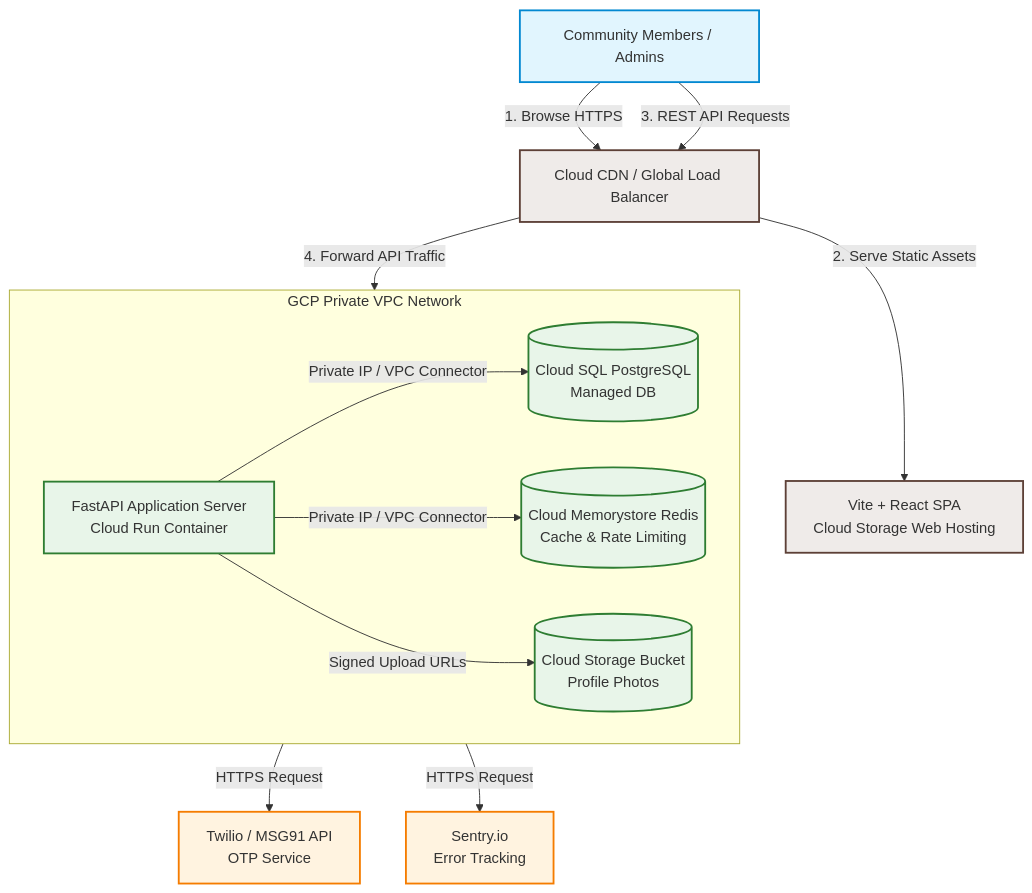
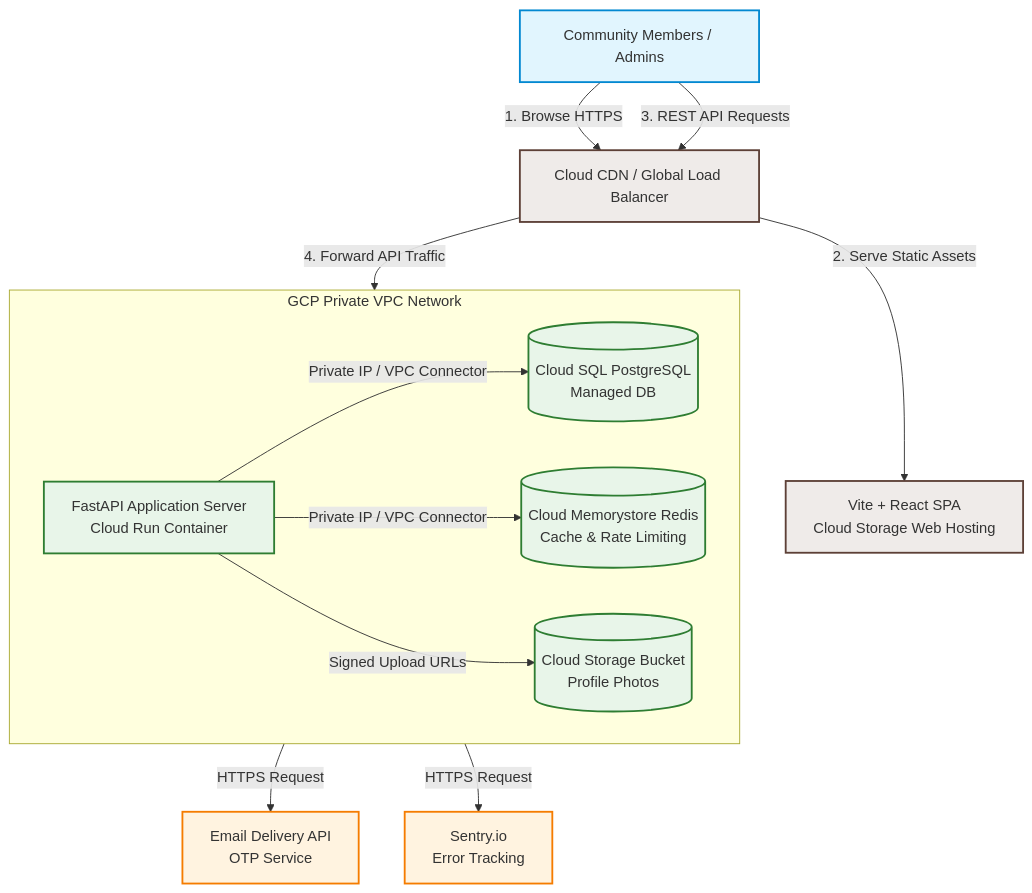
The first of 6 diagrams in docs/System_Architecture.md (abhiyaligar/communityconnect), drawn with Mermaid before and after one commit. The commit also changed other lines of this file and 7 other files, not shown here.

````diff
--- a/docs/System_Architecture.md
+++ b/docs/System_Architecture.md
@@ -12,37 +12,37 @@
 ```mermaid
 graph TB
     %% Styling
     classDef client fill:#e1f5fe,stroke:#0288d1,stroke-width:2px;
     classDef gcp fill:#efebe9,stroke:#5d4037,stroke-width:2px;
     classDef secureGcp fill:#e8f5e9,stroke:#2e7d32,stroke-width:2px;
     classDef external fill:#fff3e0,stroke:#f57c00,stroke-width:2px;
 
     %% Elements
     Users[Community Members / Admins]:::client
     CDN[Cloud CDN / Global Load Balancer]:::gcp
     Frontend[Vite + React SPA<br/>Cloud Storage Web Hosting]:::gcp
     FastAPI[FastAPI Application Server<br/>Cloud Run Container]:::secureGcp
     CloudSQL[(Cloud SQL PostgreSQL<br/>Managed DB)]:::secureGcp
     Memorystore[(Cloud Memorystore Redis<br/>Cache & Rate Limiting)]:::secureGcp
     CloudStorage[(Cloud Storage Bucket<br/>Profile Photos)]:::secureGcp
-    Twilio[Twilio / MSG91 API<br/>OTP Service]:::external
+    EmailAPI[Email Delivery API<br/>OTP Service]:::external
     Sentry[Sentry.io<br/>Error Tracking]:::external
 
     %% Routing Flow
     Users -->|1. Browse HTTPS| CDN
     CDN -->|2. Serve Static Assets| Frontend
     Users -->|3. REST API Requests| CDN
     CDN -->|4. Forward API Traffic| FastAPI
 
     %% Private VPC Subgraph
     subgraph VPC [GCP Private VPC Network]
         direction LR
         FastAPI -->|Private IP / VPC Connector| CloudSQL
         FastAPI -->|Private IP / VPC Connector| Memorystore
         FastAPI -->|Signed Upload URLs| CloudStorage
     end
 
     %% Outbound Connections
-    FastAPI -->|HTTPS Request| Twilio
+    FastAPI -->|HTTPS Request| EmailAPI
     FastAPI -->|HTTPS Request| Sentry
 ```
````
